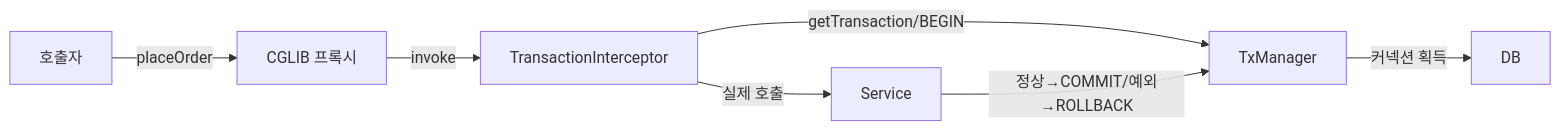
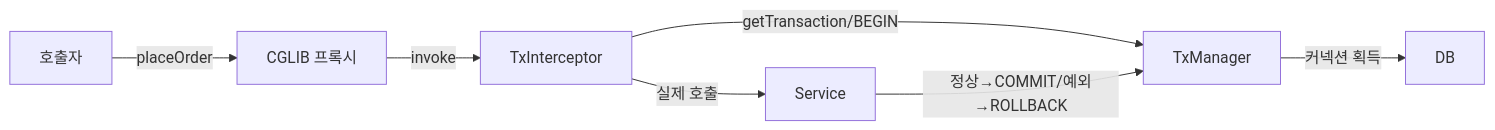
The fourth of 4 diagrams in _posts/spring/2026-05-12-spring-annotations.md (yjkim2015/yjkim2015.github.io), drawn with Mermaid before and after one commit. The commit also changed other lines of this file and 245 other files, not shown here.

First line of the commit message:
Mermaid 다이어그램 전면 수정 + 면접 포인트 접기/펼치기 + DB 데드락 페이지

````diff
--- a/_posts/spring/2026-05-12-spring-annotations.md
+++ b/_posts/spring/2026-05-12-spring-annotations.md
@@ -532,9 +532,9 @@
 ```mermaid
 graph LR
     CLI["호출자"] -->|"placeOrder"| PRX["CGLIB 프록시"]
-    PRX -->|"invoke"| IC["TransactionInterceptor"]
+    PRX -->|"invoke"| IC["TxInterceptor"]
     IC -->|"getTransaction/BEGIN"| TM["TxManager"]
     TM -->|"커넥션 획득"| DB["DB"]
     IC -->|"실제 호출"| SVC["Service"]
     SVC -->|"정상→COMMIT/예외→ROLLBACK"| TM
 ```
````
